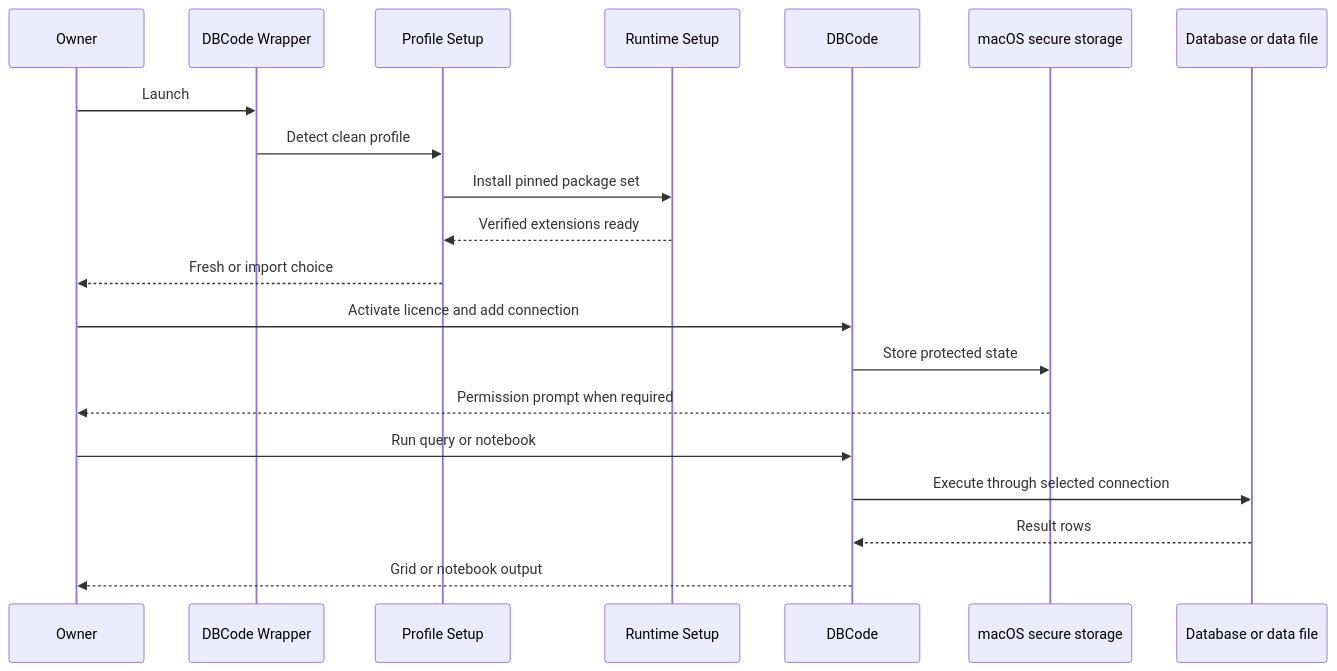
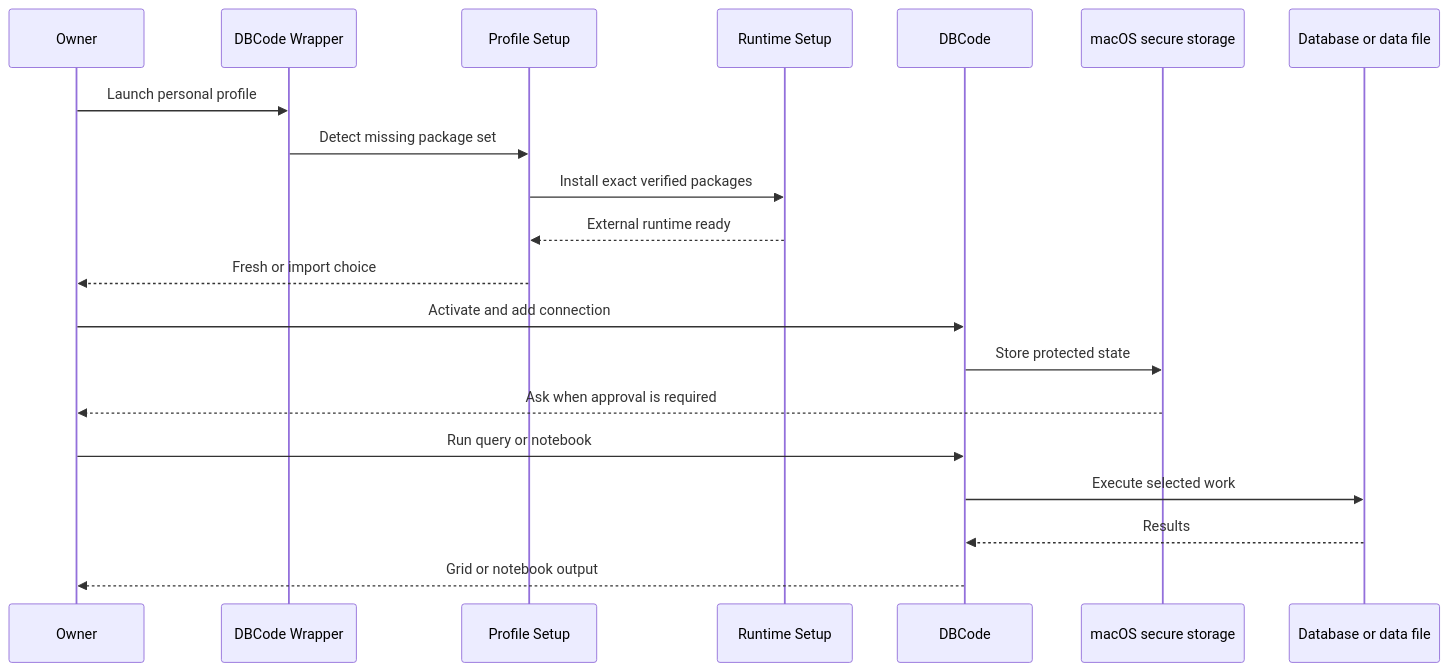
One commit to alexwck/dbcode-wrapper changed the diagram in wiki/flows/first-run-activate-and-query.md. Above: the diagram before and after it, drawn with Mermaid. The commit also changed other lines of this file and 29 other files, not shown here.

````diff
--- a/wiki/flows/first-run-activate-and-query.md
+++ b/wiki/flows/first-run-activate-and-query.md
@@ -24,22 +26,22 @@
 ```mermaid
 sequenceDiagram
   participant Owner
   participant Host as DBCode Wrapper
   participant Setup as Profile Setup
   participant Runtime as Runtime Setup
   participant DBCode
   participant Secure as macOS secure storage
   participant Data as Database or data file
-  Owner->>Host: Launch
-  Host->>Setup: Detect clean profile
-  Setup->>Runtime: Install pinned package set
-  Runtime-->>Setup: Verified extensions ready
+  Owner->>Host: Launch personal profile
+  Host->>Setup: Detect missing package set
+  Setup->>Runtime: Install exact verified packages
+  Runtime-->>Setup: External runtime ready
   Setup-->>Owner: Fresh or import choice
-  Owner->>DBCode: Activate licence and add connection
+  Owner->>DBCode: Activate and add connection
   DBCode->>Secure: Store protected state
-  Secure-->>Owner: Permission prompt when required
+  Secure-->>Owner: Ask when approval is required
   Owner->>DBCode: Run query or notebook
-  DBCode->>Data: Execute through selected connection
-  Data-->>DBCode: Result rows
+  DBCode->>Data: Execute selected work
+  Data-->>DBCode: Results
   DBCode-->>Owner: Grid or notebook output
 ```
````
